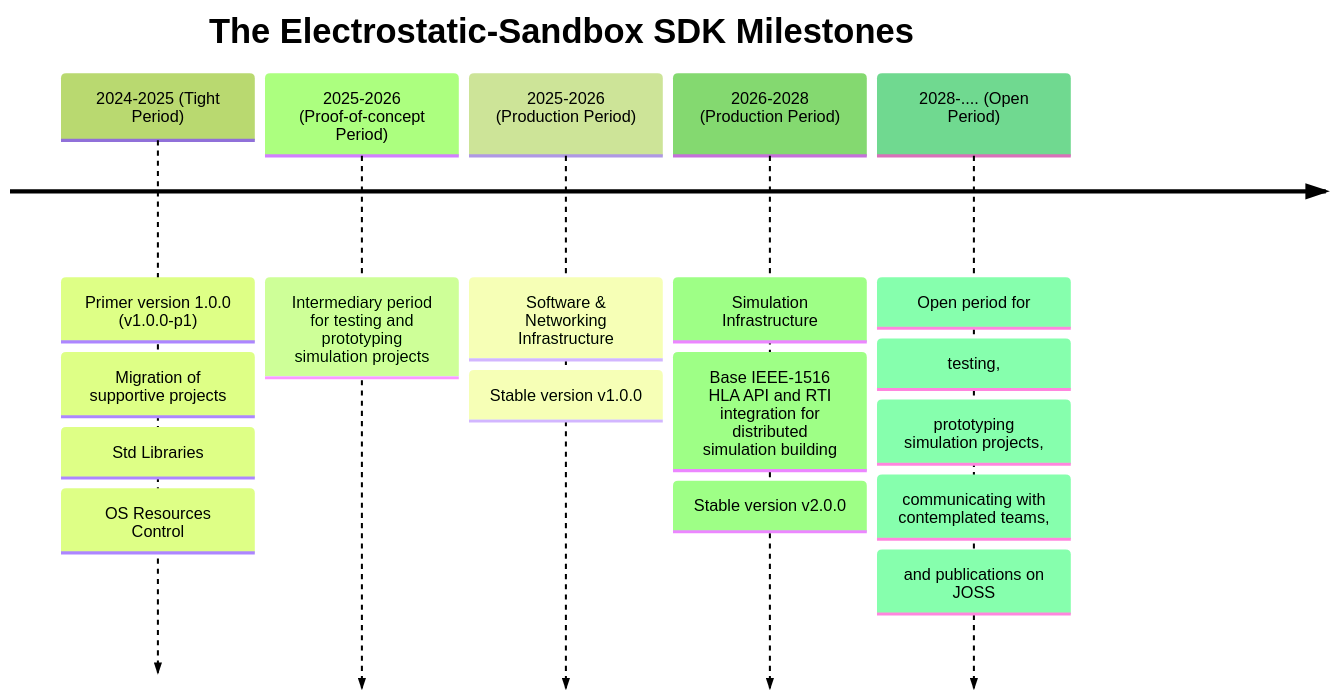
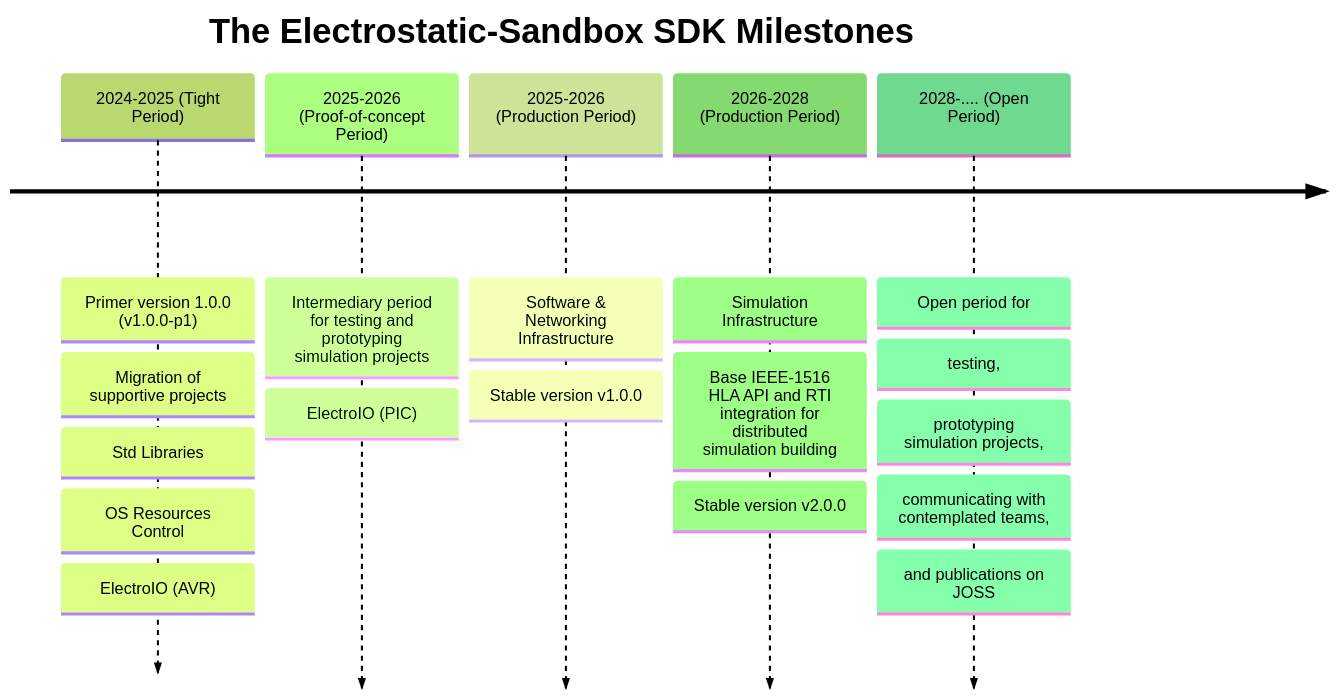
Before and after one commit to Electrostat-Lab/Electrostatic-Sandbox: the third of 3 diagrams in README.md, drawn with Mermaid (forest theme). The commit also changed other lines of this file, not shown here.

````diff
--- a/README.md
+++ b/README.md
@@ -130,9 +138,9 @@
 ```mermaid
 timeline
 title The Electrostatic-Sandbox SDK Milestones
-2024-2025 (Tight Period): Primer version 1.0.0 (v1.0.0-p1): Migration of supportive projects: Std Libraries: OS Resources Control
-2025-2026 (Proof-of-concept Period): Intermediary period for testing and prototyping simulation projects
+2024-2025 (Tight Period): Primer version 1.0.0 (v1.0.0-p1): Migration of supportive projects: Std Libraries: OS Resources Control: ElectroIO (AVR)
+2025-2026 (Proof-of-concept Period): Intermediary period for testing and prototyping simulation projects: ElectroIO (PIC)
 2025-2026 (Production Period): Software & Networking Infrastructure: Stable version v1.0.0
 2026-2028 (Production Period): Simulation Infrastructure: Base IEEE-1516 HLA API and RTI integration for distributed simulation building: Stable version v2.0.0
 2028-.... (Open Period): Open period for: testing,: prototyping simulation projects,: communicating with contemplated teams,: and publications on JOSS
 ```
````
